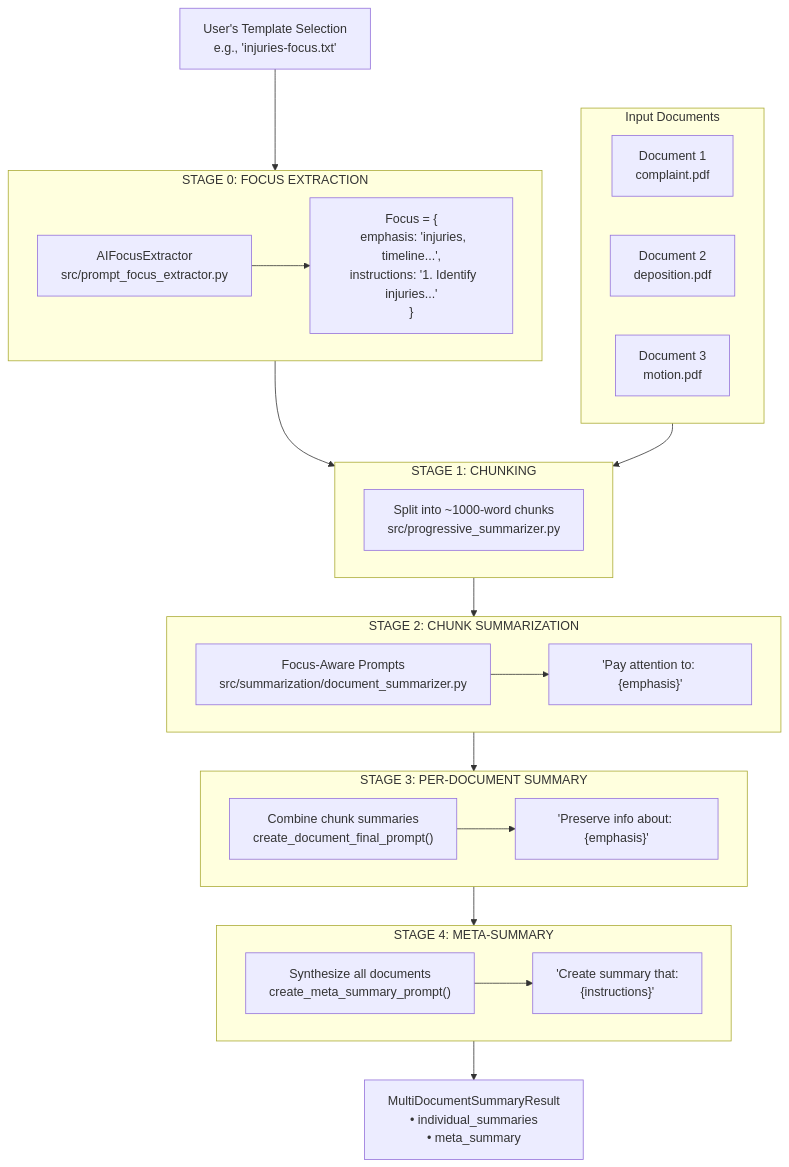
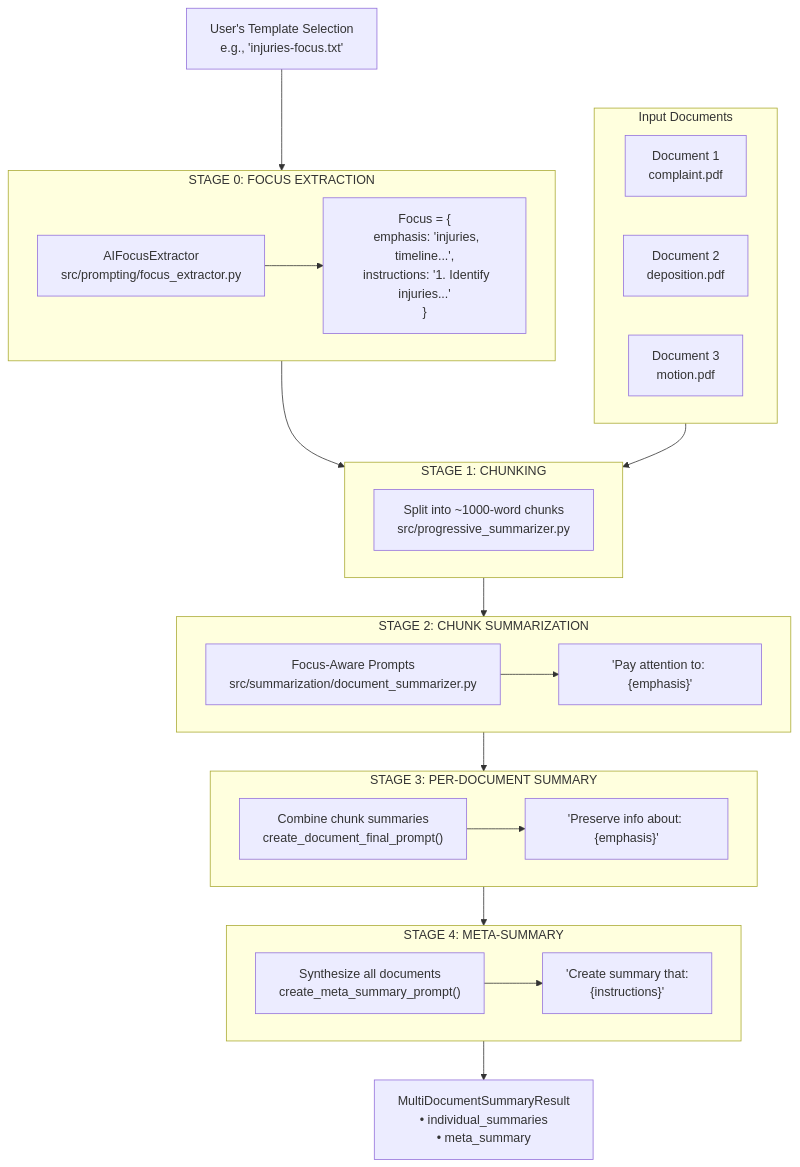
The fifth of 18 diagrams in ARCHITECTURE.md (nono638/CaseSummarizer), drawn with Mermaid before and after one commit. The commit also changed other lines of this file and 35 other files, not shown here.

````diff
--- a/ARCHITECTURE.md
+++ b/ARCHITECTURE.md
@@ -266,48 +266,48 @@
 ```mermaid
 flowchart TB
     Template["User's Template Selection<br/>e.g., 'injuries-focus.txt'"]
 
     subgraph Stage0["STAGE 0: FOCUS EXTRACTION"]
-        FocusExtract["AIFocusExtractor<br/>src/prompt_focus_extractor.py"]
+        FocusExtract["AIFocusExtractor<br/>src/prompting/focus_extractor.py"]
         FocusResult["Focus = {<br/>  emphasis: 'injuries, timeline...',<br/>  instructions: '1. Identify injuries...'<br/>}"]
         FocusExtract --> FocusResult
     end
 
     subgraph Docs["Input Documents"]
         Doc1["Document 1<br/>complaint.pdf"]
         Doc2["Document 2<br/>deposition.pdf"]
         Doc3["Document 3<br/>motion.pdf"]
     end
 
     subgraph Stage1["STAGE 1: CHUNKING"]
         Chunk["Split into ~1000-word chunks<br/>src/progressive_summarizer.py"]
     end
 
     subgraph Stage2["STAGE 2: CHUNK SUMMARIZATION"]
         ChunkSum["Focus-Aware Prompts<br/>src/summarization/document_summarizer.py"]
         ChunkPrompt["'Pay attention to: {emphasis}'"]
         ChunkSum --> ChunkPrompt
     end
 
     subgraph Stage3["STAGE 3: PER-DOCUMENT SUMMARY"]
         DocSum["Combine chunk summaries<br/>create_document_final_prompt()"]
         DocPrompt["'Preserve info about: {emphasis}'"]
         DocSum --> DocPrompt
     end
 
     subgraph Stage4["STAGE 4: META-SUMMARY"]
         Meta["Synthesize all documents<br/>create_meta_summary_prompt()"]
         MetaPrompt["'Create summary that:<br/>{instructions}'"]
         Meta --> MetaPrompt
     end
 
     FinalOutput["MultiDocumentSummaryResult<br/>• individual_summaries<br/>• meta_summary"]
 
     Template --> Stage0
     Stage0 --> Stage1
     Docs --> Stage1
     Stage1 --> Stage2
     Stage2 --> Stage3
     Stage3 --> Stage4
     Stage4 --> FinalOutput
 ```
````
